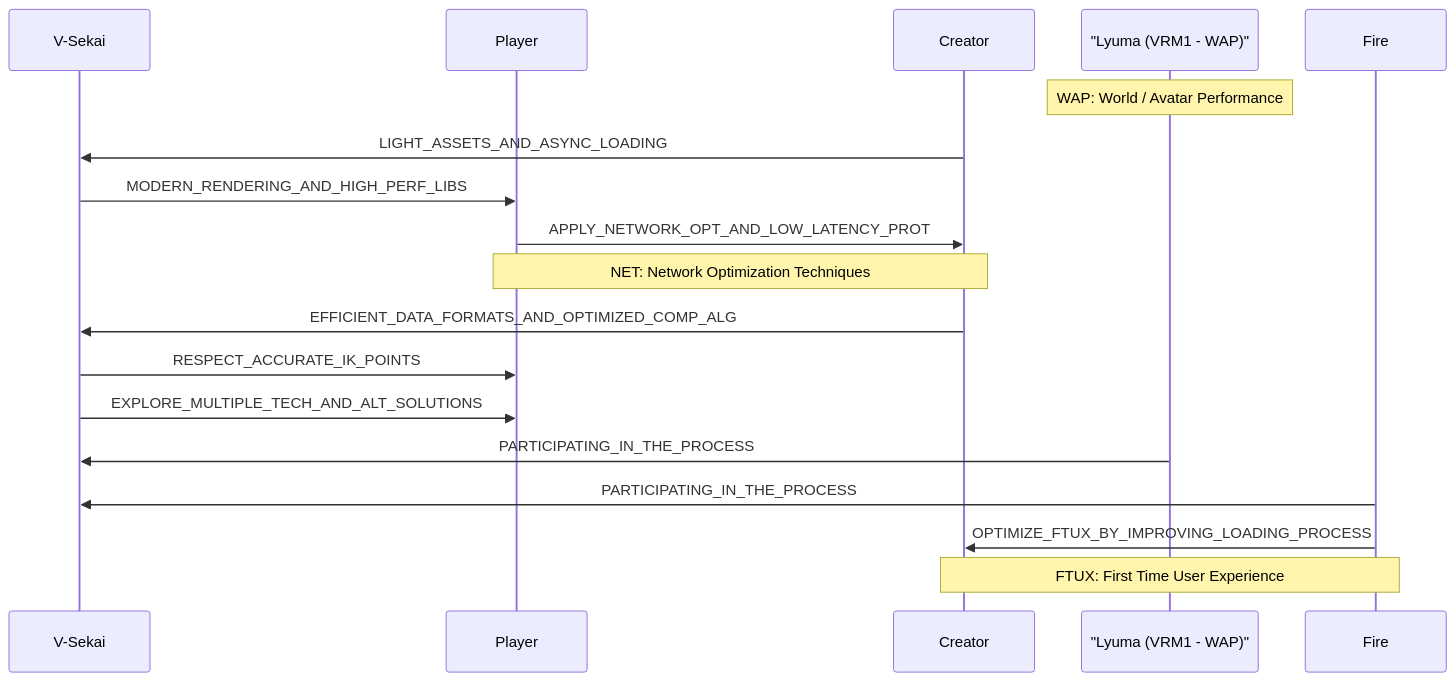
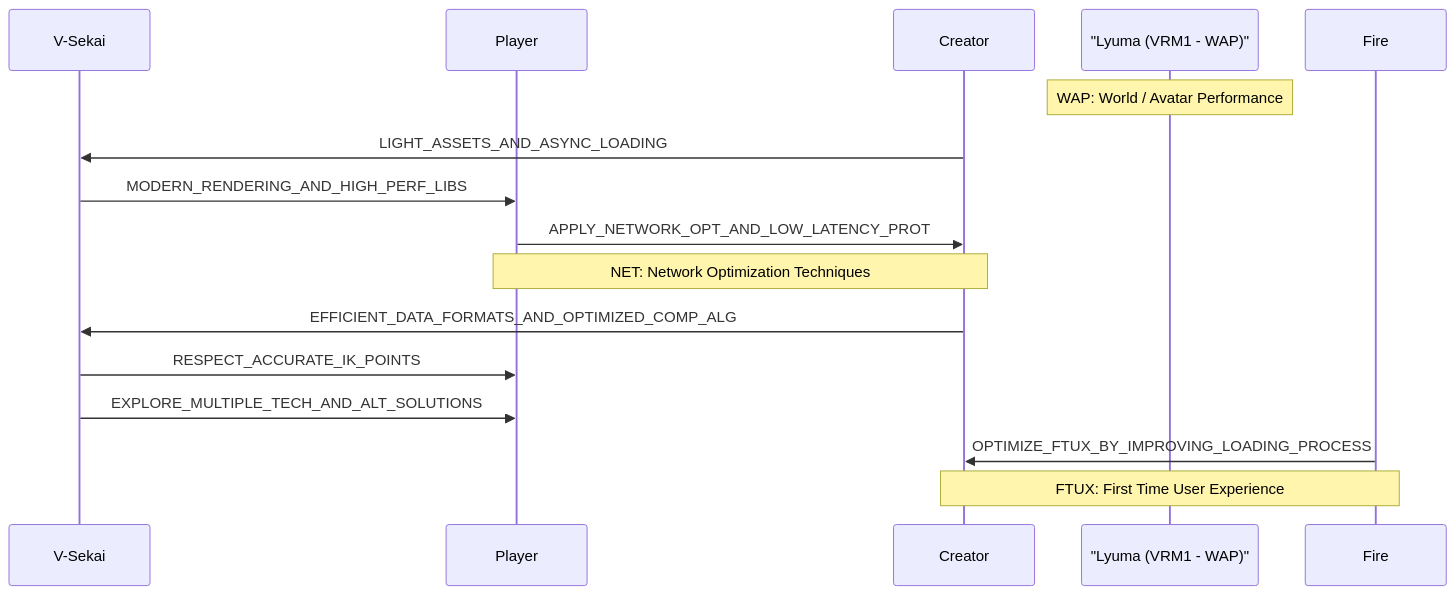
Before and after one commit to V-Sekai/manuals: the diagram in decisions/20230618-v-sekai-roadmap.md, drawn with Mermaid.

Commit message:
Don't have bars.

````diff
--- a/decisions/20230618-v-sekai-roadmap.md
+++ b/decisions/20230618-v-sekai-roadmap.md
@@ -23,26 +23,24 @@
 ```mermaid
 sequenceDiagram
     participant V-Sekai
     participant Player
     participant Creator
     participant Lyuma as "Lyuma (VRM1 - WAP)"
     participant Fire
 
     Note over Lyuma: WAP: World / Avatar Performance
 
     Creator->>V-Sekai: LIGHT_ASSETS_AND_ASYNC_LOADING
     V-Sekai->>Player: MODERN_RENDERING_AND_HIGH_PERF_LIBS
     Player->>Creator: APPLY_NETWORK_OPT_AND_LOW_LATENCY_PROT
 
     Note over Player, Creator: NET: Network Optimization Techniques
 
     Creator->>V-Sekai: EFFICIENT_DATA_FORMATS_AND_OPTIMIZED_COMP_ALG
     V-Sekai->>Player: RESPECT_ACCURATE_IK_POINTS
     V-Sekai->>Player: EXPLORE_MULTIPLE_TECH_AND_ALT_SOLUTIONS
-    Lyuma->>V-Sekai: PARTICIPATING_IN_THE_PROCESS
-    Fire->>V-Sekai: PARTICIPATING_IN_THE_PROCESS
     Fire->>Creator: OPTIMIZE_FTUX_BY_IMPROVING_LOADING_PROCESS
 
     Note over Fire, Creator: FTUX: First Time User Experience
 
 ```
````
